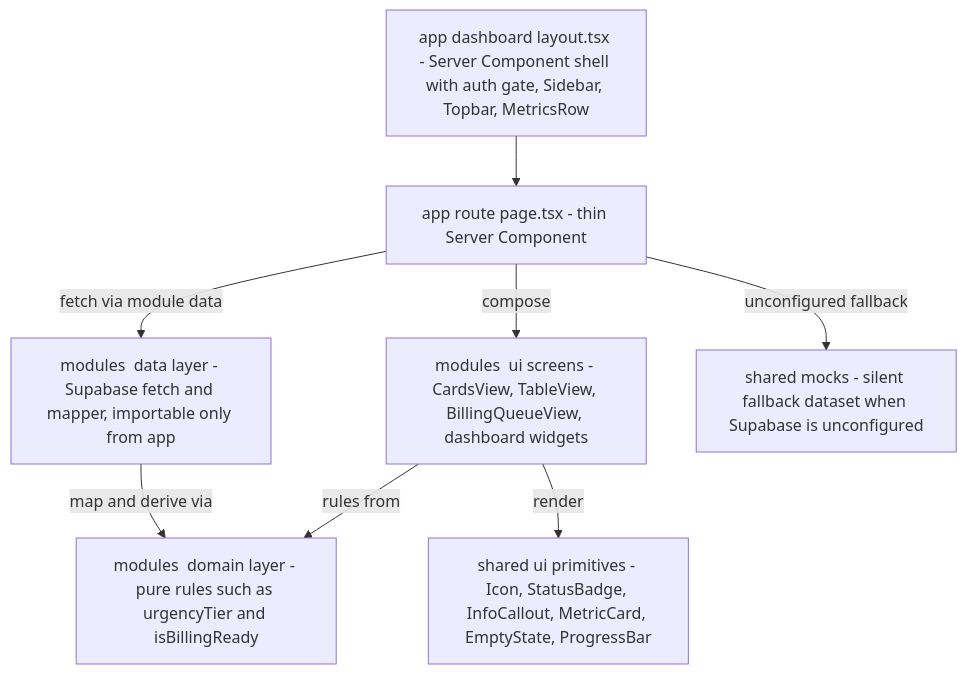
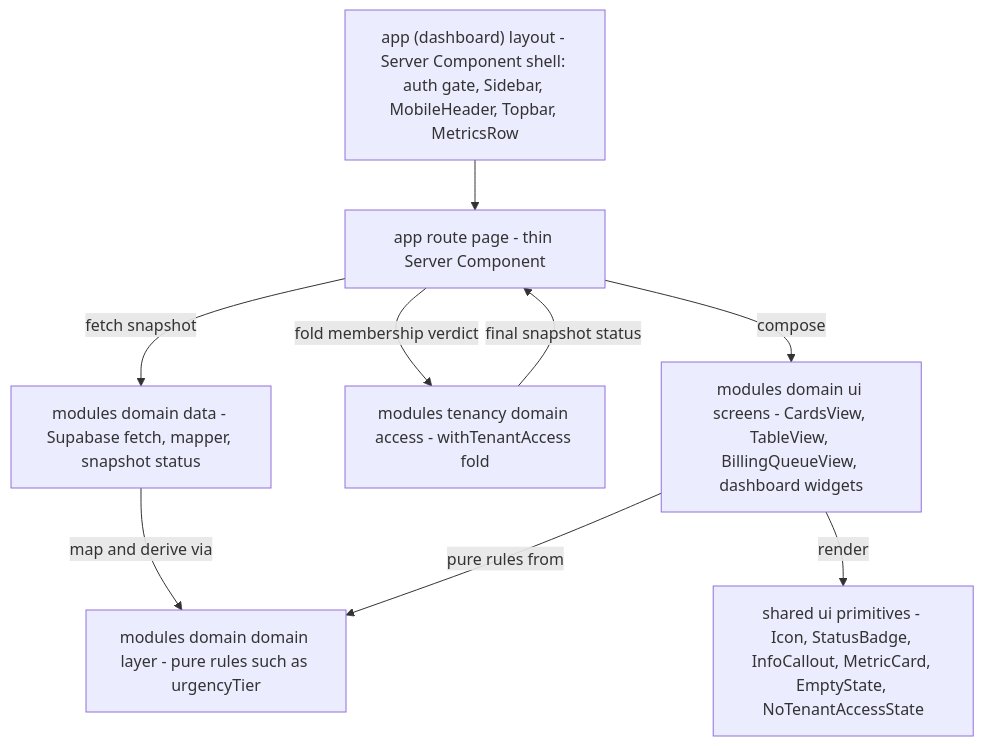
The first of 2 diagrams in openwiki/architecture/design-system.md (shuakyle21/tesda-compliance-manager), drawn with Mermaid before and after one commit. The commit also changed other lines of this file and 5 other files, not shown here.

````diff
--- a/openwiki/architecture/design-system.md
+++ b/openwiki/architecture/design-system.md
@@ -84,18 +189,19 @@
 ```mermaid
 flowchart TD
-    layout["app dashboard layout.tsx - Server Component shell with auth gate, Sidebar, Topbar, MetricsRow"]
-    route["app route page.tsx - thin Server Component"]
-    data["modules <domain> data layer - Supabase fetch and mapper, importable only from app"]
-    domain["modules <domain> domain layer - pure rules such as urgencyTier and isBillingReady"]
-    screen["modules <domain> ui screens - CardsView, TableView, BillingQueueView, dashboard widgets"]
-    prim["shared ui primitives - Icon, StatusBadge, InfoCallout, MetricCard, EmptyState, ProgressBar"]
-    mocks["shared mocks - silent fallback dataset when Supabase is unconfigured"]
+    layout["app (dashboard) layout - Server Component shell: auth gate, Sidebar, MobileHeader, Topbar, MetricsRow"]
+    route["app route page - thin Server Component"]
+    data["modules domain data - Supabase fetch, mapper, snapshot status"]
+    access["modules tenancy domain access - withTenantAccess fold"]
+    domain["modules domain domain layer - pure rules such as urgencyTier"]
+    screen["modules domain ui screens - CardsView, TableView, BillingQueueView, dashboard widgets"]
+    prim["shared ui primitives - Icon, StatusBadge, InfoCallout, MetricCard, EmptyState, NoTenantAccessState"]
 
     layout --> route
-    route -->|"fetch via module data"| data
+    route -->|"fetch snapshot"| data
+    data -->|"map and derive via"| domain
+    route -->|"fold membership verdict"| access
+    access -->|"final snapshot status"| route
     route -->|"compose"| screen
-    route -->|"unconfigured fallback"| mocks
-    data -->|"map and derive via"| domain
     screen -->|"render"| prim
-    screen -->|"rules from"| domain
+    screen -->|"pure rules from"| domain
 ```
````
